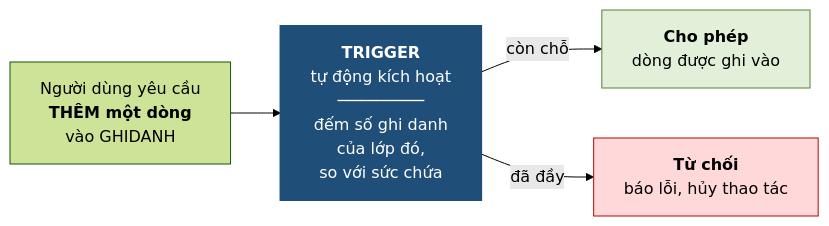
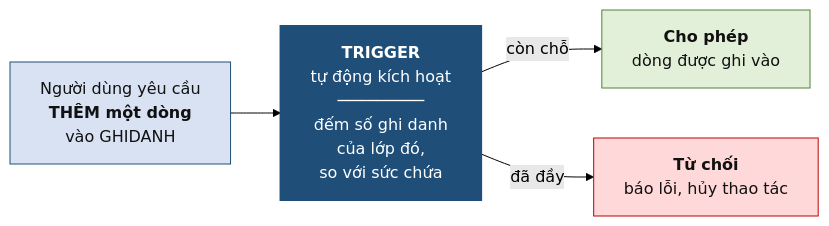
One commit to CuongNguyenDAU/csdl-dbs201 changed the diagram in docs/chuong-4/4-6-rang-buoc-toan-ven-boi-canh-nhieu-quan-he.md. Above: the diagram before and after it, drawn with Mermaid (forest theme). The commit also changed other lines of this file and 123 other files, not shown here.

Commit message:
Cập nhật bài giảng v7: sơ đồ ER ký pháp Chen, hình minh họa tự vẽ, mở rộng toàn diện Chương 5 và bổ sung lời giải A4, B5

````diff
--- a/docs/chuong-4/4-6-rang-buoc-toan-ven-boi-canh-nhieu-quan-he.md
+++ b/docs/chuong-4/4-6-rang-buoc-toan-ven-boi-canh-nhieu-quan-he.md
@@ -80,9 +80,10 @@
 ```mermaid
 flowchart LR
     U["Người dùng yêu cầu<br/><b>THÊM một dòng</b><br/>vào GHIDANH"] --> T["<b>TRIGGER</b><br/>tự động kích hoạt<br/>─────────<br/>đếm số ghi danh<br/>của lớp đó,<br/>so với sức chứa"]
     T -->|"còn chỗ"| OK["<b>Cho phép</b><br/>dòng được ghi vào"]
     T -->|"đã đầy"| NO["<b>Từ chối</b><br/>báo lỗi, hủy thao tác"]
-    style T fill:#1F4E79,color:#fff,stroke:#1F4E79,stroke-width:2px
-    style OK fill:#E2F0D9,stroke:#548235
-    style NO fill:#FFD9D9,stroke:#C00000
+    style U fill:#D9E2F3,stroke:#1F4E79,color:#111111
+    style T fill:#1F4E79,color:#ffffff,stroke:#1F4E79,stroke-width:2px
+    style OK fill:#E2F0D9,stroke:#548235,color:#111111
+    style NO fill:#FFD9D9,stroke:#C00000,color:#111111
 ```
````
